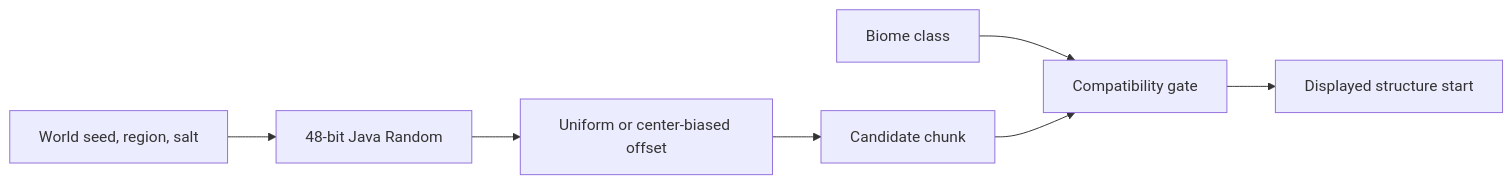
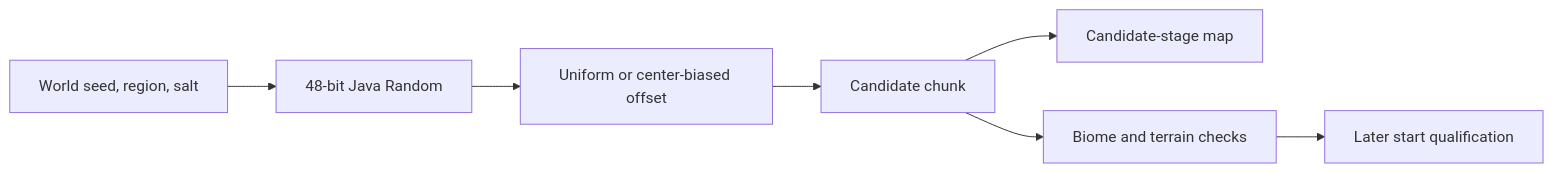
Before and after one commit to IsolatedSingularity/Minecraft-Generation: the sixth of 7 diagrams in README.md, drawn with Mermaid. The commit also changed other lines of this file and 21 other files, not shown here.

````diff
--- a/README.md
+++ b/README.md
@@ -430,9 +438,9 @@
 ```mermaid
 flowchart LR
     A["World seed, region, salt"] --> B["48-bit Java Random"]
     B --> C["Uniform or center-biased offset"]
     C --> D["Candidate chunk"]
-    E["Biome class"] --> F["Compatibility gate"]
-    D --> F
-    F --> G["Displayed structure start"]
+    D --> E["Candidate-stage map"]
+    D --> F["Biome and terrain checks"]
+    F --> G["Later start qualification"]
 ```
````
